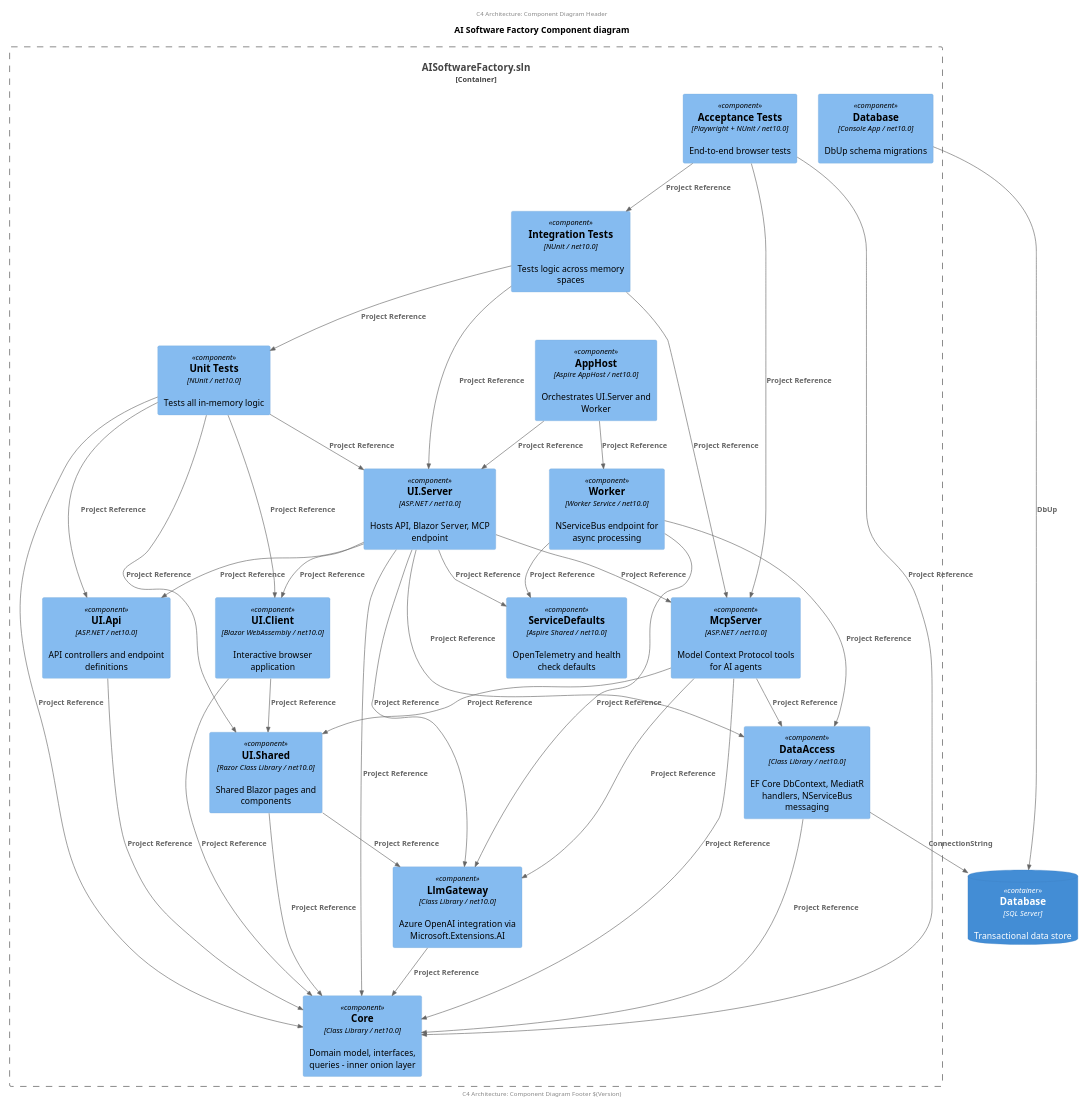
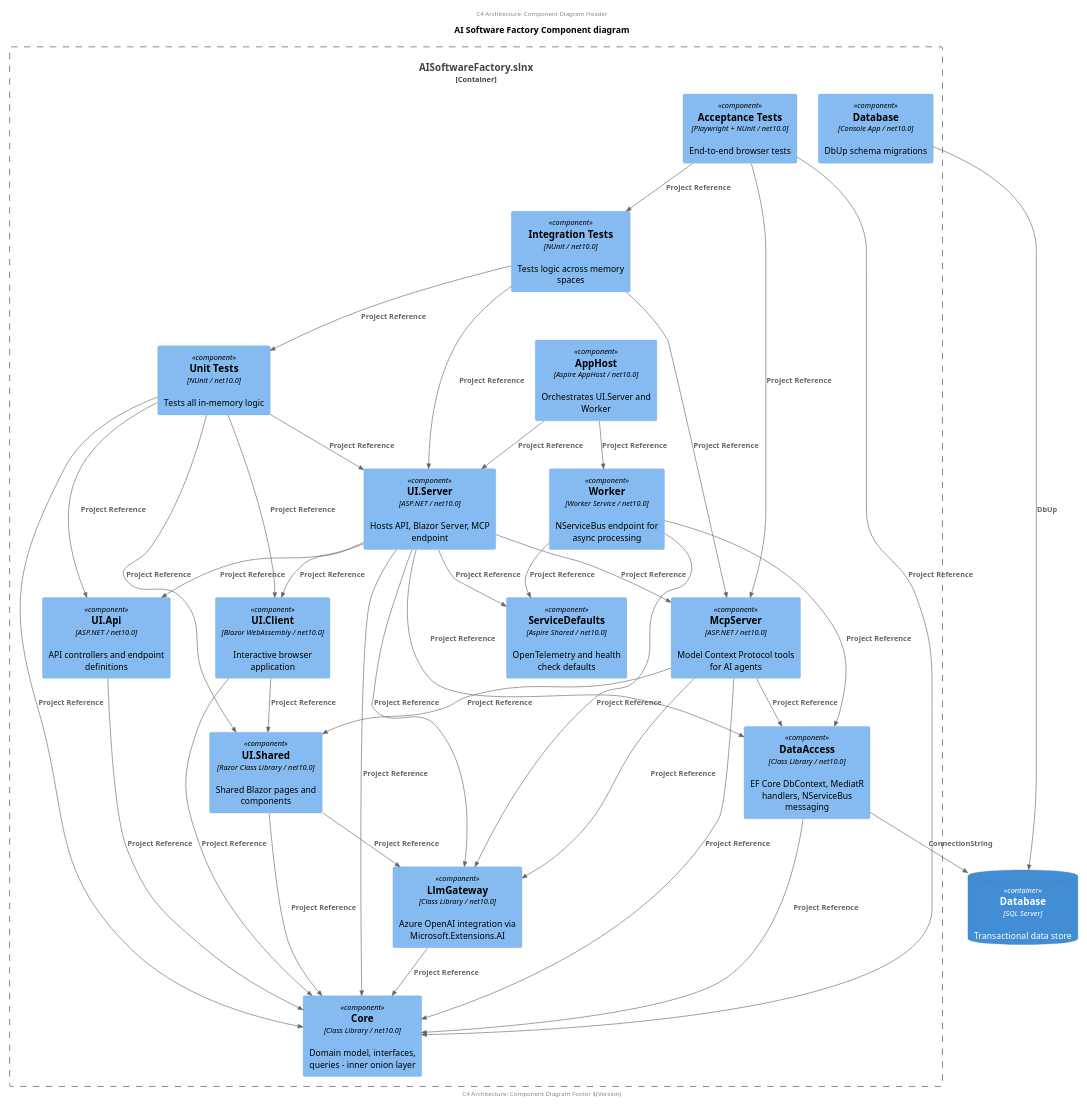
Before and after one commit to ClearMeasure/alice-v2: the diagram in arch/arch-c4-component-project-dependencies.puml, drawn with PlantUML. The commit also changed 50 other files, not shown here.

```diff
--- a/arch/arch-c4-component-project-dependencies.puml
+++ b/arch/arch-c4-component-project-dependencies.puml
@@ -1,73 +1,73 @@
 @startuml
 
 scale 2/3
 'left to right direction
 center header
     C4 Architecture: Component Diagram Header
 endheader
 
 !includeurl https://raw.githubusercontent.com/RicardoNiepel/C4-PlantUML/master/C4_Component.puml
 
 title AI Software Factory Component diagram 
 
 ContainerDb(database, "Database", "SQL Server", "Transactional data store")
 
-Container_Boundary(visualstudiosolution, "AISoftwareFactory.sln") {
+Container_Boundary(visualstudiosolution, "AISoftwareFactory.slnx") {
     Component(core, "Core", "Class Library / net10.0", "Domain model, interfaces, queries - inner onion layer")
     Component(dataAccess, "DataAccess", "Class Library / net10.0", "EF Core DbContext, MediatR handlers, NServiceBus messaging")
     Component(databaseProject, "Database", "Console App / net10.0", "DbUp schema migrations")
     Component(llmGateway, "LlmGateway", "Class Library / net10.0", "Azure OpenAI integration via Microsoft.Extensions.AI")
     Component(uiShared, "UI.Shared", "Razor Class Library / net10.0", "Shared Blazor pages and components")
     Component(uiApi, "UI.Api", "ASP.NET / net10.0", "API controllers and endpoint definitions")
     Component(uiClient, "UI.Client", "Blazor WebAssembly / net10.0", "Interactive browser application")
     Component(uiServer, "UI.Server", "ASP.NET / net10.0", "Hosts API, Blazor Server, MCP endpoint")
     Component(mcpServer, "McpServer", "ASP.NET / net10.0", "Model Context Protocol tools for AI agents")
     Component(worker, "Worker", "Worker Service / net10.0", "NServiceBus endpoint for async processing")
     Component(serviceDefaults, "ServiceDefaults", "Aspire Shared / net10.0", "OpenTelemetry and health check defaults")
     Component(appHost, "AppHost", "Aspire AppHost / net10.0", "Orchestrates UI.Server and Worker")
     Component(unitTests, "Unit Tests", "NUnit / net10.0", "Tests all in-memory logic")
     Component(integrationTests, "Integration Tests", "NUnit / net10.0", "Tests logic across memory spaces")
     Component(acceptanceTests, "Acceptance Tests", "Playwright + NUnit / net10.0", "End-to-end browser tests")
 }
 
 Rel(dataAccess, core, "Project Reference")
 Rel(llmGateway, core, "Project Reference")
 Rel(uiApi, core, "Project Reference")
 Rel(uiShared, core, "Project Reference")
 Rel(uiShared, llmGateway, "Project Reference")
 Rel(uiClient, core, "Project Reference")
 Rel(uiClient, uiShared, "Project Reference")
 Rel(uiServer, core, "Project Reference")
 Rel(uiServer, dataAccess, "Project Reference")
 Rel(uiServer, llmGateway, "Project Reference")
 Rel(uiServer, mcpServer, "Project Reference")
 Rel(uiServer, uiClient, "Project Reference")
 Rel(uiServer, uiApi, "Project Reference")
 Rel(uiServer, serviceDefaults, "Project Reference")
 Rel(mcpServer, core, "Project Reference")
 Rel(mcpServer, dataAccess, "Project Reference")
 Rel(mcpServer, llmGateway, "Project Reference")
 Rel(mcpServer, uiShared, "Project Reference")
 Rel(worker, dataAccess, "Project Reference")
 Rel(worker, llmGateway, "Project Reference")
 Rel(worker, serviceDefaults, "Project Reference")
 Rel(appHost, uiServer, "Project Reference")
 Rel(appHost, worker, "Project Reference")
 Rel(databaseProject, database, "DbUp")
 Rel(dataAccess, database, "ConnectionString")
 Rel(unitTests, core, "Project Reference")
 Rel(unitTests, uiClient, "Project Reference")
 Rel(unitTests, uiApi, "Project Reference")
 Rel(unitTests, uiServer, "Project Reference")
 Rel(unitTests, uiShared, "Project Reference")
 Rel(integrationTests, uiServer, "Project Reference")
 Rel(integrationTests, mcpServer, "Project Reference")
 Rel(integrationTests, unitTests, "Project Reference")
 Rel(acceptanceTests, core, "Project Reference")
 Rel(acceptanceTests, integrationTests, "Project Reference")
 Rel(acceptanceTests, mcpServer, "Project Reference")
 
 center footer
     C4 Architecture: Component Diagram Footer $(Version)
 endfooter
 @enduml
```
